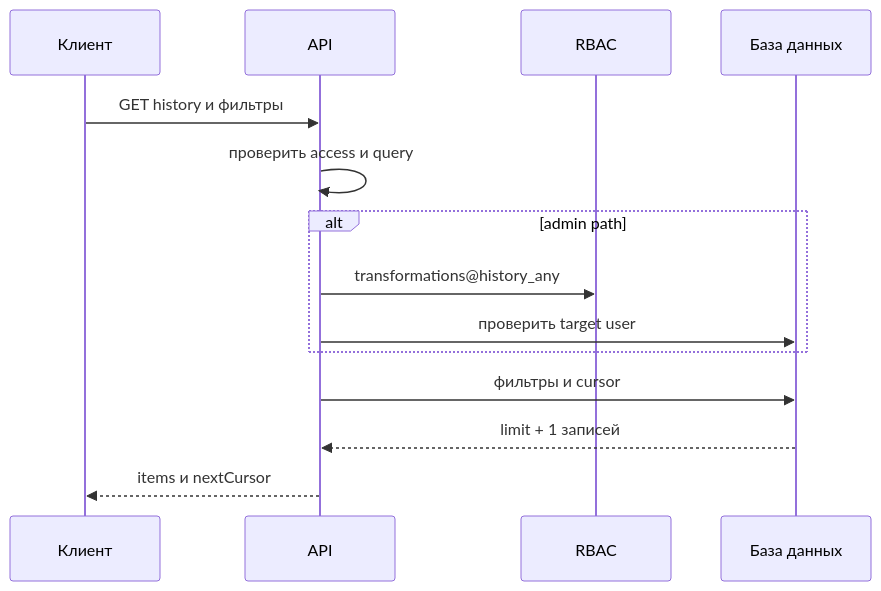
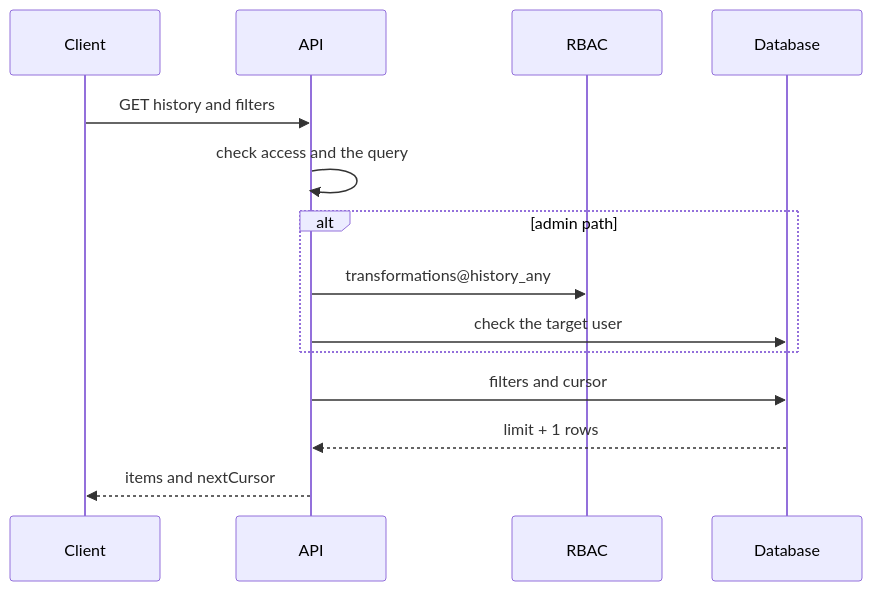
One commit to pavel-skripko-innowise/inno-fe-be-a1 changed the first of 2 diagrams in courses-content/backend/A/1/en/5.2.3 Просмотр истории трансформаций файлов пользователя.md. Above: the diagram before and after it, drawn with Mermaid. The commit also changed other lines of this file and 35 other files, not shown here.

````diff
--- a/courses-content/backend/A/1/en/5.2.3 Просмотр истории трансформаций файлов пользователя.md
+++ b/courses-content/backend/A/1/en/5.2.3 Просмотр истории трансформаций файлов пользователя.md
@@ -35,16 +35,16 @@
 ```mermaid
 sequenceDiagram
-  participant C as Клиент
+  participant C as Client
   participant A as API
   participant R as RBAC
-  participant D as База данных
-  C->>A: GET history и фильтры
-  A->>A: проверить access и query
+  participant D as Database
+  C->>A: GET history and filters
+  A->>A: check access and the query
   alt admin path
     A->>R: transformations@history_any
-    A->>D: проверить target user
+    A->>D: check the target user
   end
-  A->>D: фильтры и cursor
-  D-->>A: limit + 1 записей
-  A-->>C: items и nextCursor
+  A->>D: filters and cursor
+  D-->>A: limit + 1 rows
+  A-->>C: items and nextCursor
 ```
````
